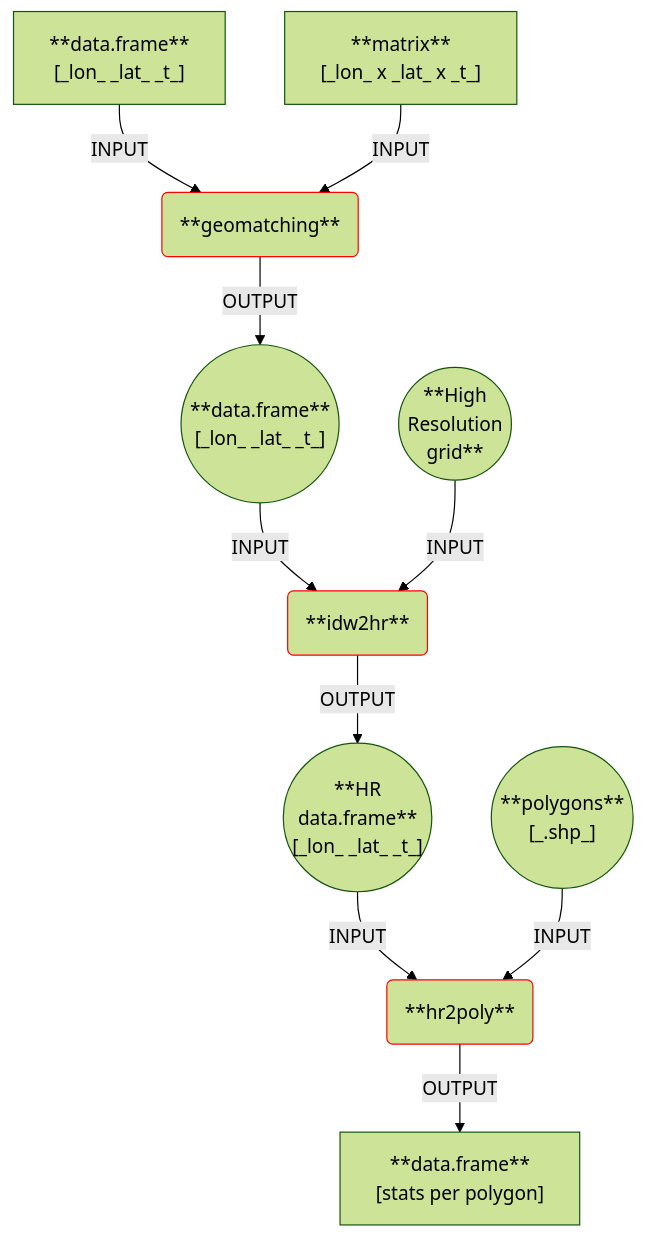
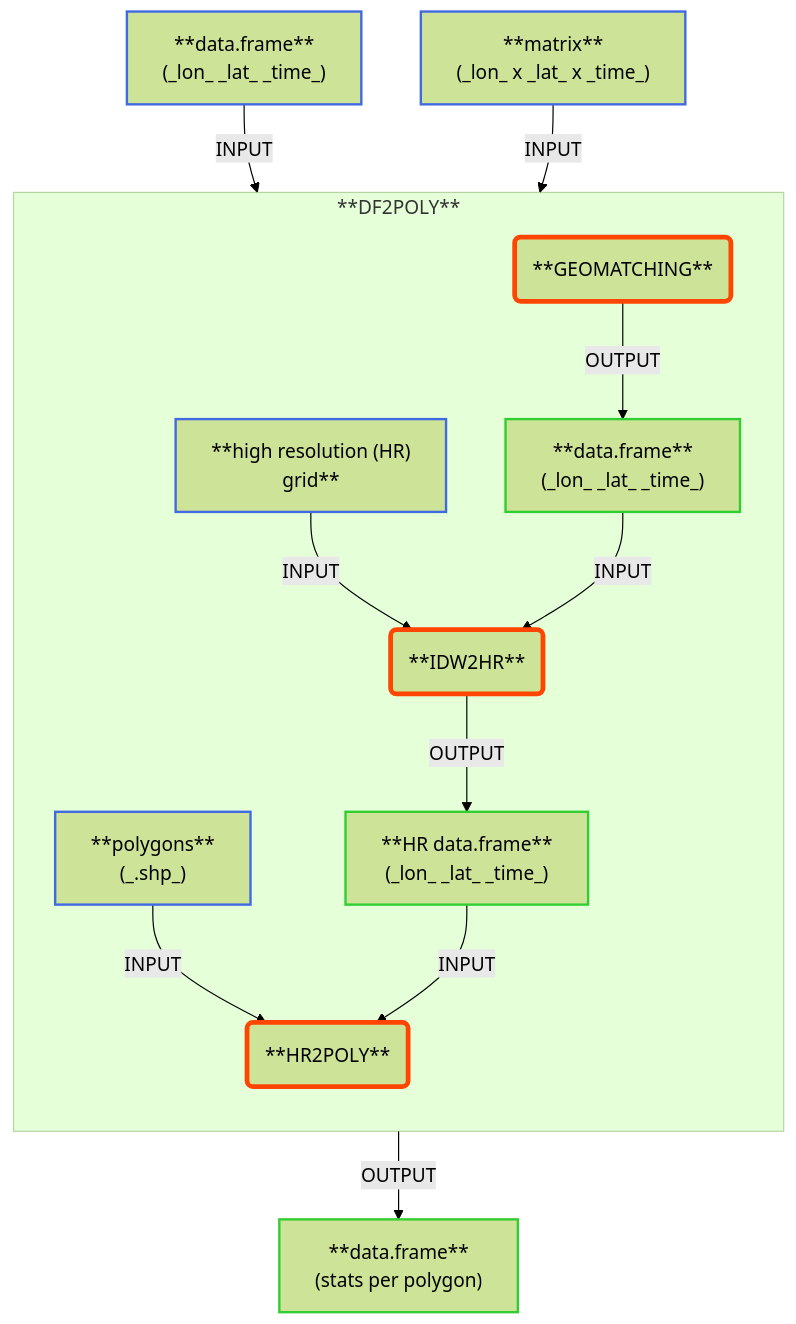
The diagram in README.md (GRINS-Spoke0-WP2/geotools), drawn with Mermaid (forest theme) before and after one commit. The commit also changed other lines of this file, not shown here.

Commit message:
Refactor README.md to enhance function descriptions and update flowchart for clarity

````diff
--- a/README.md
+++ b/README.md
@@ -19,42 +22,53 @@
 ```mermaid
-flowchart TD
+flowchart TB
 
+    %% input nodes
     input1a["**data.frame**
-        [_lon_ _lat_ _t_]
-    "]
+        (_lon_ _lat_ _time_)"]:::input
     input1b["**matrix**
-        [_lon_ x _lat_ x _t_]
-    "]
-    function1("**geomatching**"):::red
-    output1(("**data.frame**
-        [_lon_ _lat_ _t_]
-    "))
-    input1a -->|INPUT| function1
-    input1b -->|INPUT| function1
-    function1 -->|OUTPUT| output1
+        (_lon_ x _lat_ x _time_)"]:::input
+    
+    %% output node
+    output3["**data.frame**
+        (stats per polygon)"]:::output
 
-    input2b(("**High
-        Resolution
-        grid**
-    "))
-    function2("**idw2hr**"):::red
-    output2(("**HR
-        data.frame**
-        [_lon_ _lat_ _t_]"))
-    output1 -->|INPUT| function2
-    input2b -->|INPUT| function2
-    function2 -->|OUTPUT| output2
+    subgraph main_flow [**DF2POLY**]
+        direction TB
+        style main_flow opacity:.5
 
-    input3b(("**polygons**
-        [_.shp_]
-    "))
-    output3["**data.frame**
-        [stats per polygon]
-    "]
-    function3("**hr2poly**"):::red
-    output2 -->|INPUT| function3
-    input3b -->|INPUT| function3
-    function3 -->|OUTPUT| output3
+        %% input nodes
+        input2b["**high resolution (HR)
+            grid**"]:::input
+        input3b["**polygons**
+            (_.shp_)"]:::input
 
-    classDef red stroke:#f00
+        %% function nodes
+        function1("**GEOMATCHING**"):::function
+        function2("**IDW2HR**"):::function
+        function3("**HR2POLY**"):::function
+
+        %% output nodes
+        output1["**data.frame**
+            (_lon_ _lat_ _time_)"]:::output
+        output2["**HR data.frame**
+            (_lon_ _lat_ _time_)"]:::output
+
+        %% relations
+        input2b -->|"INPUT"| function2
+        output1 -->|"INPUT"| function2
+        function2 -->|"OUTPUT"| output2
+        input3b -->|"INPUT"| function3
+        output2 -->|"INPUT"| function3
+    end
+
+    %% relations
+    input1a -->|"INPUT"| function1
+    input1b -->|"INPUT"| function1
+    function1 -->|"OUTPUT"| output1
+    function3 -->|"OUTPUT"| output3
+
+    %% styles
+    classDef input stroke:royalblue,stroke-width:2px;
+    classDef function stroke:orangered,stroke-width:4px;
+    classDef output stroke:limegreen,stroke-width:2px;
 ```
````
